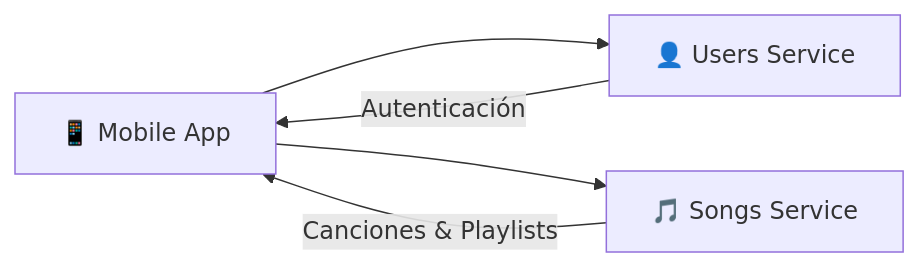
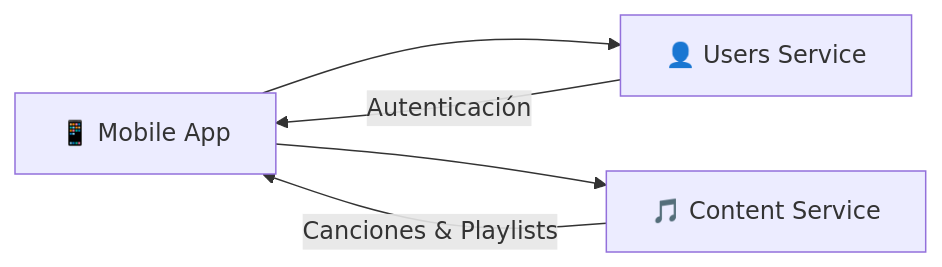
Before and after one commit to Melodia-FIUBA/docs: the diagram in docs/services/mobile-app.md, drawn with Mermaid. The commit also changed 9 other files, not shown here.

Commit message:
change songs service for content service

````diff
--- a/docs/services/mobile-app.md
+++ b/docs/services/mobile-app.md
@@ -11,10 +11,10 @@
 ```mermaid
 graph LR
     App[📱 Mobile App]
 
     App --> Users[👤 Users Service]
-    App --> Songs[🎵 Songs Service]
+    App --> Songs[🎵 Content Service]
 
     Users --> |Autenticación| App
     Songs --> |Canciones & Playlists| App
 ```
````
